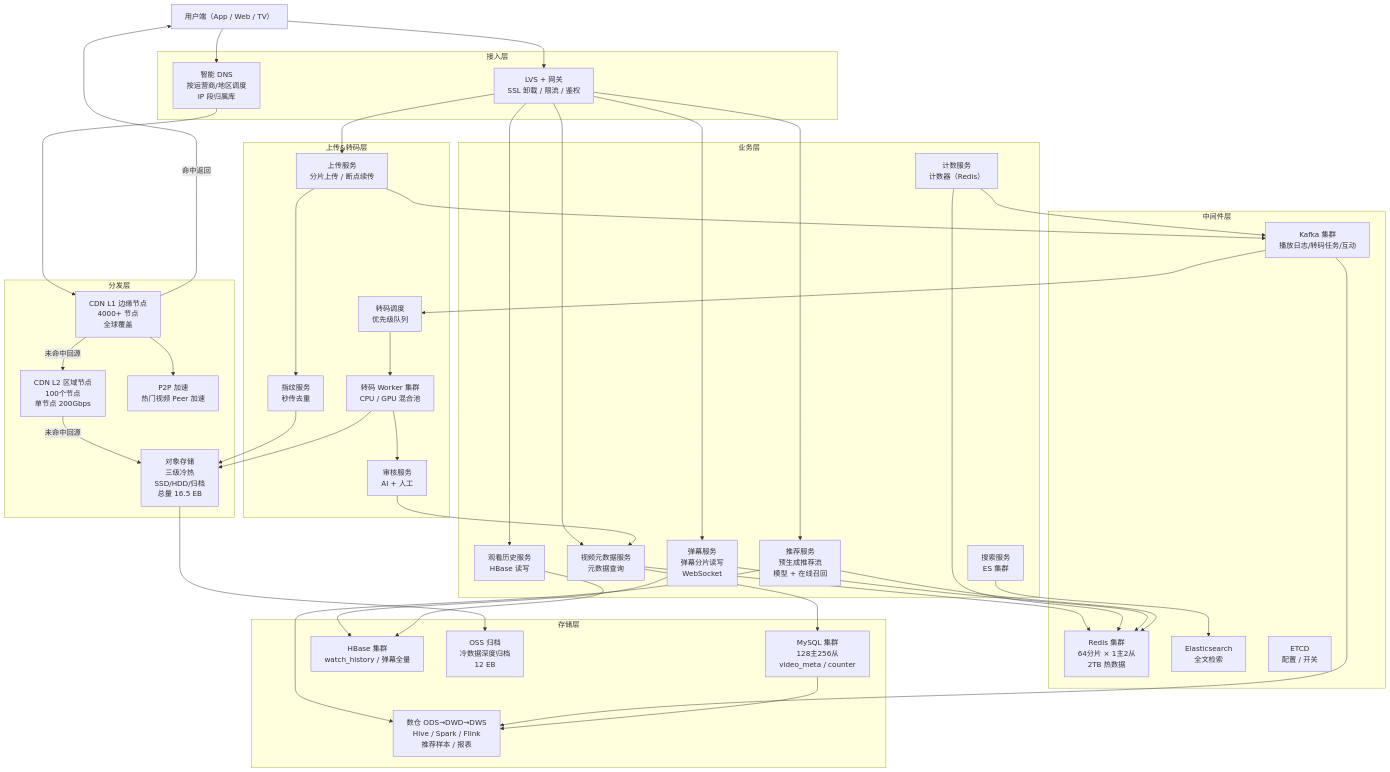
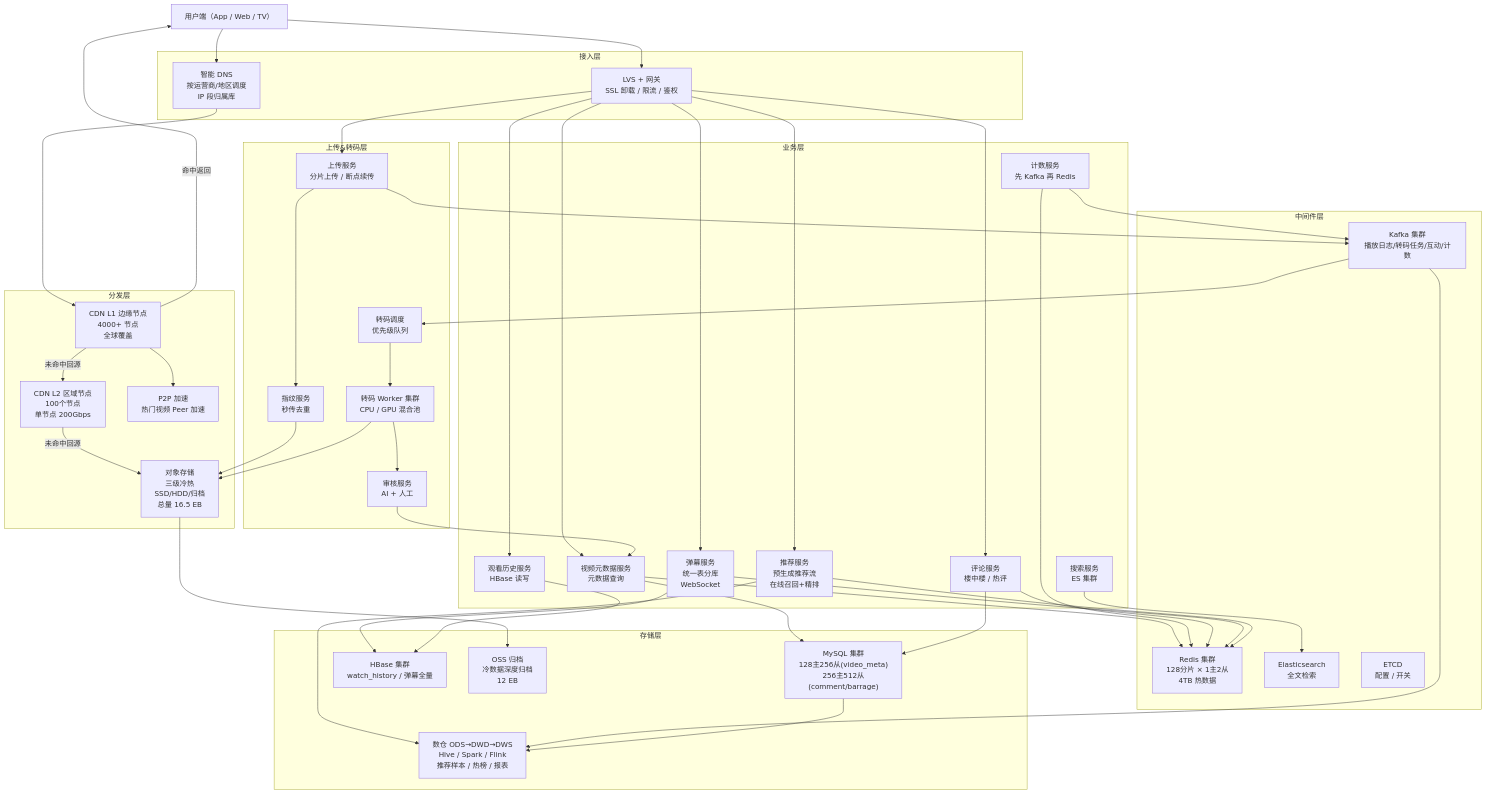
The diagram in system-design/video-website-system-design.md (anjiadoo/my-algo-plan), drawn with Mermaid before and after one commit. The commit also changed other lines of this file and 4 other files, not shown here.

```diff
--- a/system-design/video-website-system-design.md
+++ b/system-design/video-website-system-design.md
@@ -329,24 +367,25 @@
 
     subgraph 业务层
         META["视频元数据服务<br/>元数据查询"]
-        CNT["计数服务<br/>计数器（Redis）"]
-        BAR["弹幕服务<br/>弹幕分片读写<br/>WebSocket"]
+        CNT["计数服务<br/>先 Kafka 再 Redis"]
+        CMT["评论服务<br/>楼中楼 / 热评"]
+        BAR["弹幕服务<br/>统一表分库<br/>WebSocket"]
         HIST["观看历史服务<br/>HBase 读写"]
-        REC["推荐服务<br/>预生成推荐流<br/>模型 + 在线召回"]
+        REC["推荐服务<br/>预生成推荐流<br/>在线召回+精排"]
         SEARCH["搜索服务<br/>ES 集群"]
     end
 
     subgraph 中间件层
-        RDS["Redis 集群<br/>64分片 × 1主2从<br/>2TB 热数据"]
-        KAFKA["Kafka 集群<br/>播放日志/转码任务/互动"]
+        RDS["Redis 集群<br/>128分片 × 1主2从<br/>4TB 热数据"]
+        KAFKA["Kafka 集群<br/>播放日志/转码任务/互动/计数"]
         ES["Elasticsearch<br/>全文检索"]
         ETCD["ETCD<br/>配置 / 开关"]
     end
 
     subgraph 存储层
-        DB["MySQL 集群<br/>128主256从<br/>video_meta / counter"]
+        DB["MySQL 集群<br/>128主256从(video_meta)<br/>256主512从(comment/barrage)"]
         HBASE["HBase 集群<br/>watch_history / 弹幕全量"]
-        DW["数仓 ODS→DWD→DWS<br/>Hive / Spark / Flink<br/>推荐样本 / 报表"]
+        DW["数仓 ODS→DWD→DWS<br/>Hive / Spark / Flink<br/>推荐样本 / 热榜 / 报表"]
         OSS_ARC["OSS 归档<br/>冷数据深度归档<br/>12 EB"]
     end
 
@@ -359,6 +398,7 @@
     User --> LB
     LB --> UP
     LB --> META
+    LB --> CMT
     LB --> BAR
     LB --> HIST
     LB --> REC
@@ -374,8 +414,10 @@
 
     META --> RDS
     META --> DB
+    CNT --> KAFKA
     CNT --> RDS
-    CNT --> KAFKA
+    CMT --> RDS
+    CMT --> DB
     BAR --> HBASE
     BAR --> RDS
     HIST --> HBASE
```
